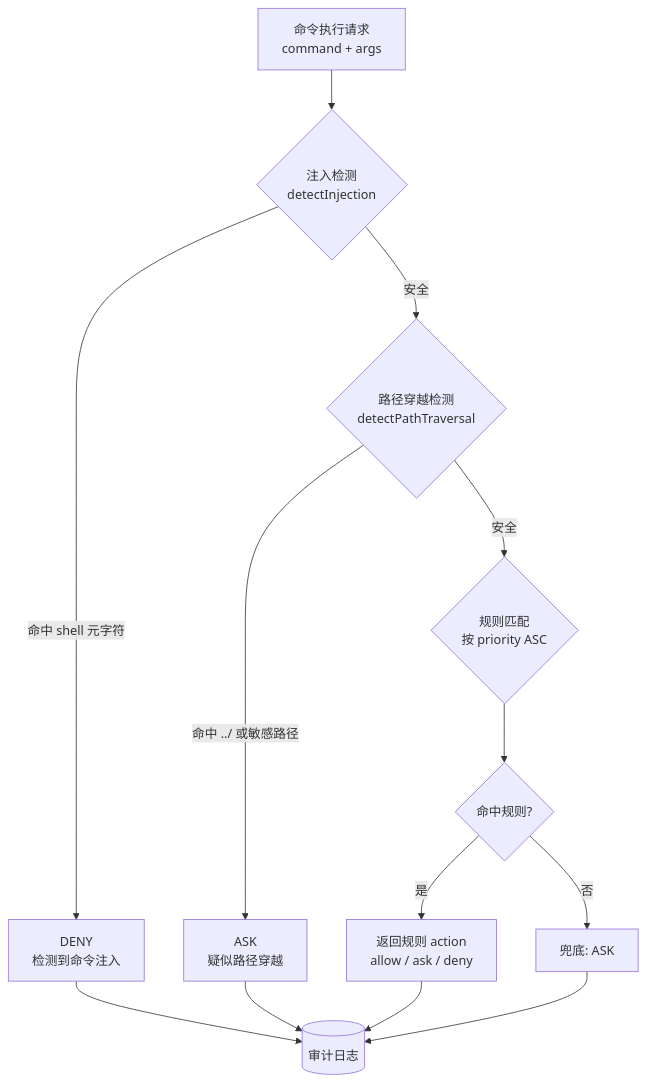
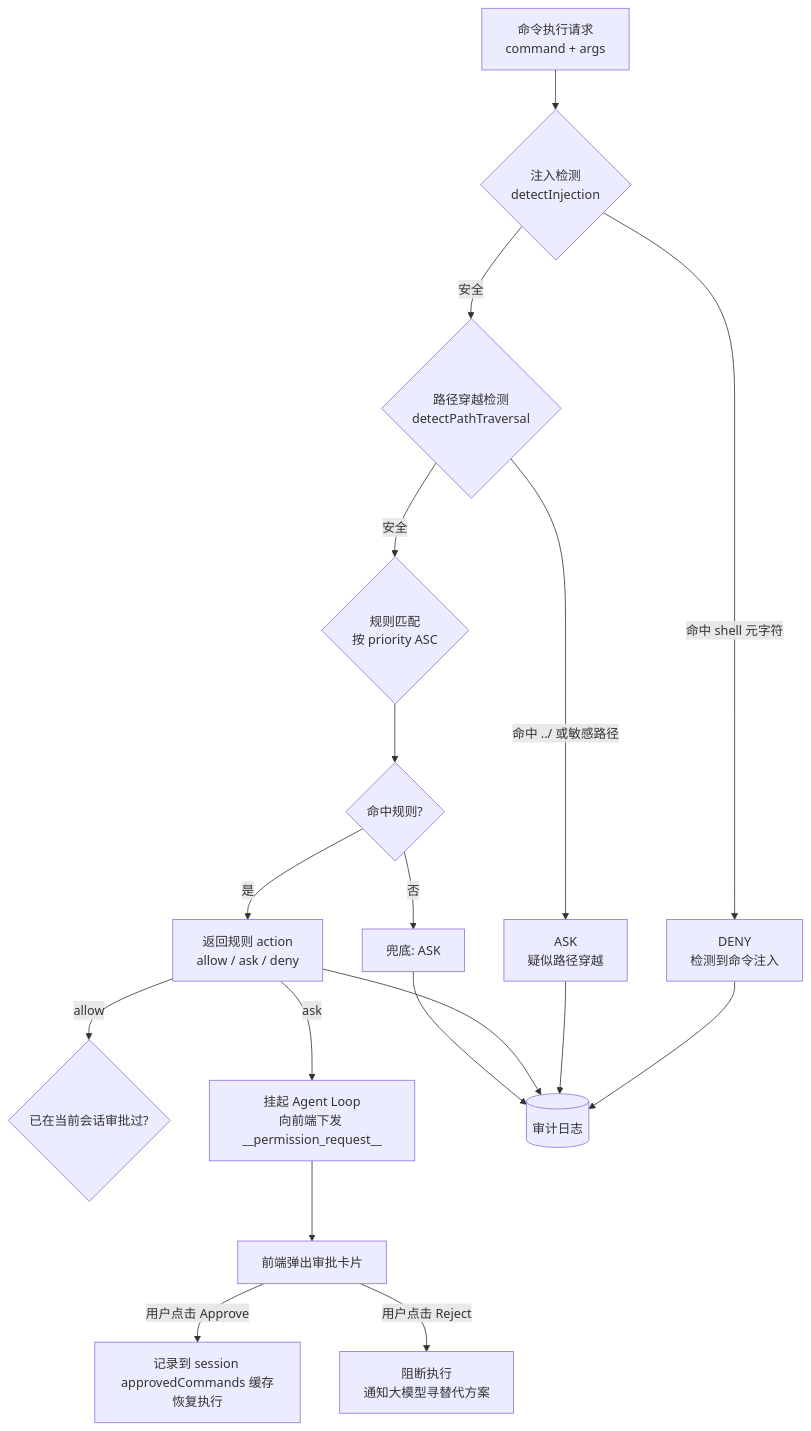
The second of 18 diagrams in docs/security-architecture.md (HJ-uncle/ai-agent-engine), drawn with Mermaid before and after one commit. The commit also changed other lines of this file and 39 other files, not shown here.

````diff
--- a/docs/security-architecture.md
+++ b/docs/security-architecture.md
@@ -99,19 +99,26 @@
 ```mermaid
 flowchart TD
     INPUT[命令执行请求<br/>command + args] --> INJ{注入检测<br/>detectInjection}
     
     INJ -->|命中 shell 元字符| DENY_INJ[DENY<br/>检测到命令注入]
     INJ -->|安全| PATH{路径穿越检测<br/>detectPathTraversal}
     
     PATH -->|命中 ../ 或敏感路径| ASK_PATH[ASK<br/>疑似路径穿越]
     PATH -->|安全| RULES{规则匹配<br/>按 priority ASC}
     
     RULES --> R1{命中规则?}
     R1 -->|是| DECISION[返回规则 action<br/>allow / ask / deny]
     R1 -->|否| FALLBACK[兜底: ASK]
     
+    DECISION -->|allow| CHECK_APPROVED{已在当前会话审批过?}
+    DECISION -->|ask| SUSPEND[挂起 Agent Loop<br/>向前端下发 __permission_request__]
+    
+    SUSPEND --> UI[前端弹出审批卡片]
+    UI -->|用户点击 Approve| APPROVED[记录到 session approvedCommands 缓存<br/>恢复执行]
+    UI -->|用户点击 Reject| REJECTED[阻断执行<br/>通知大模型寻替代方案]
+    
     DENY_INJ --> AUDIT[(审计日志)]
     ASK_PATH --> AUDIT
     DECISION --> AUDIT
     FALLBACK --> AUDIT
 ```
````
